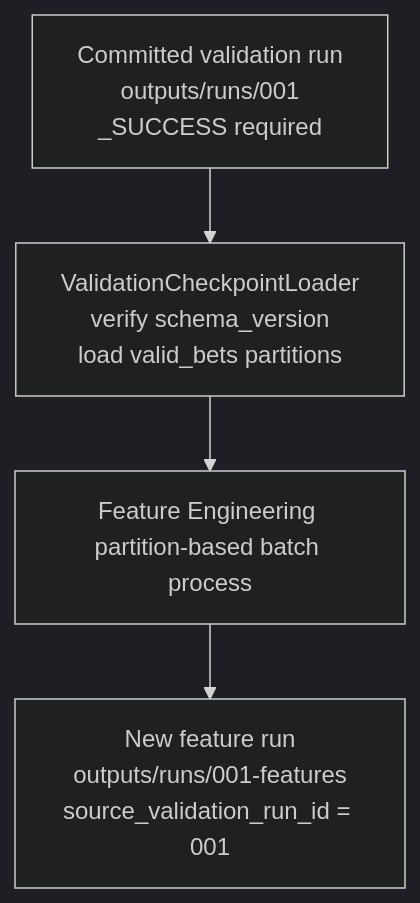
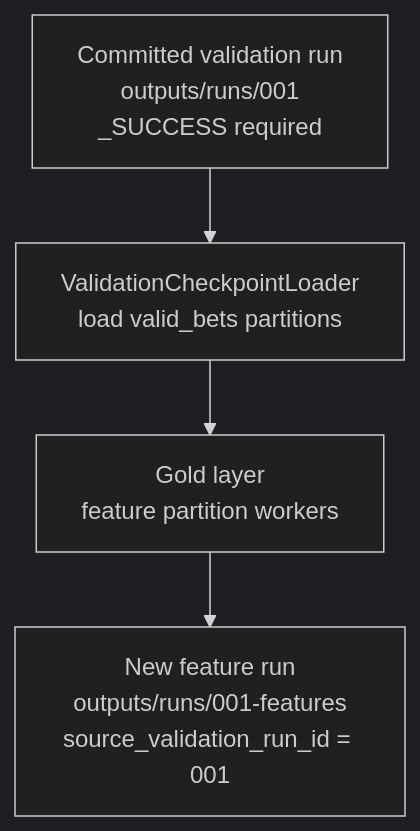
Before and after one commit to diyang/entain-case-test: the second of 2 diagrams in docs/architecture.md, drawn with Mermaid (dark theme). The commit also changed other lines of this file and 13 other files, not shown here.

````diff
--- a/docs/architecture.md
+++ b/docs/architecture.md
@@ -56,9 +55,9 @@
 ```mermaid
 flowchart TD
     checkpoint["Committed validation run<br/>outputs/runs/001<br/>_SUCCESS required"]
-    loader["ValidationCheckpointLoader<br/>verify schema_version<br/>load valid_bets partitions"]
-    feature_worker["Feature Engineering partition-based batch process"]
+    loader["ValidationCheckpointLoader<br/>load valid_bets partitions"]
+    feature_worker["Gold layer<br/>feature partition workers"]
     feature_run["New feature run<br/>outputs/runs/001-features<br/>source_validation_run_id = 001"]
 
     checkpoint --> loader --> feature_worker --> feature_run
 ```
````
